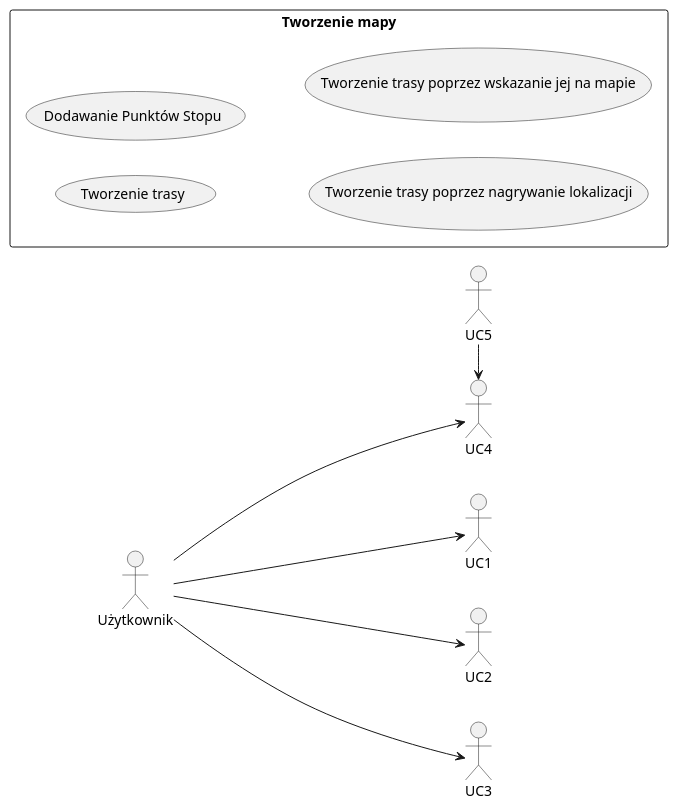
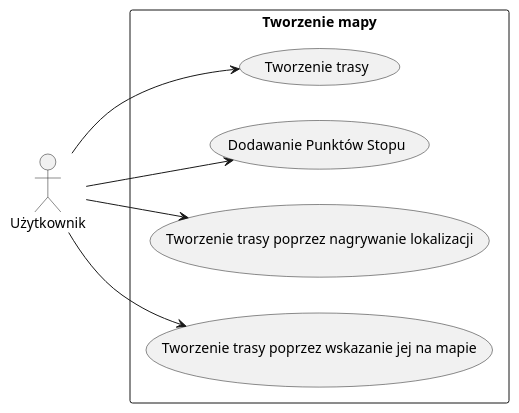
One commit to heisenshark/health-paths changed the diagram in uml-diagrams/tworzenie-mapy.puml. Above: the diagram before and after it, drawn with PlantUML. The commit also changed 9 other files, not shown here.

```diff
--- a/uml-diagrams/tworzenie-mapy.puml
+++ b/uml-diagrams/tworzenie-mapy.puml
@@ -1,17 +1,16 @@
 @startuml
 !theme _none_
 left to right direction
 actor "Użytkownik" as fc
 rectangle "Tworzenie mapy" {
- usecase "Tworzenie trasy" 
- usecase "Dodawanie Punktów Stopu" 
- usecase "Tworzenie trasy poprzez nagrywanie lokalizacji"
- usecase "Tworzenie trasy poprzez wskazanie jej na mapie"
- 
+ usecase "Tworzenie trasy" as UC1
+ usecase "Dodawanie Punktów Stopu" as UC2
+ usecase "Tworzenie trasy poprzez nagrywanie lokalizacji" as UC3
+ usecase "Tworzenie trasy poprzez wskazanie jej na mapie" as UC4
+
 }
 fc --> UC1
 fc --> UC2
 fc --> UC3
 fc --> UC4
-UC5->UC4
 @enduml
```
